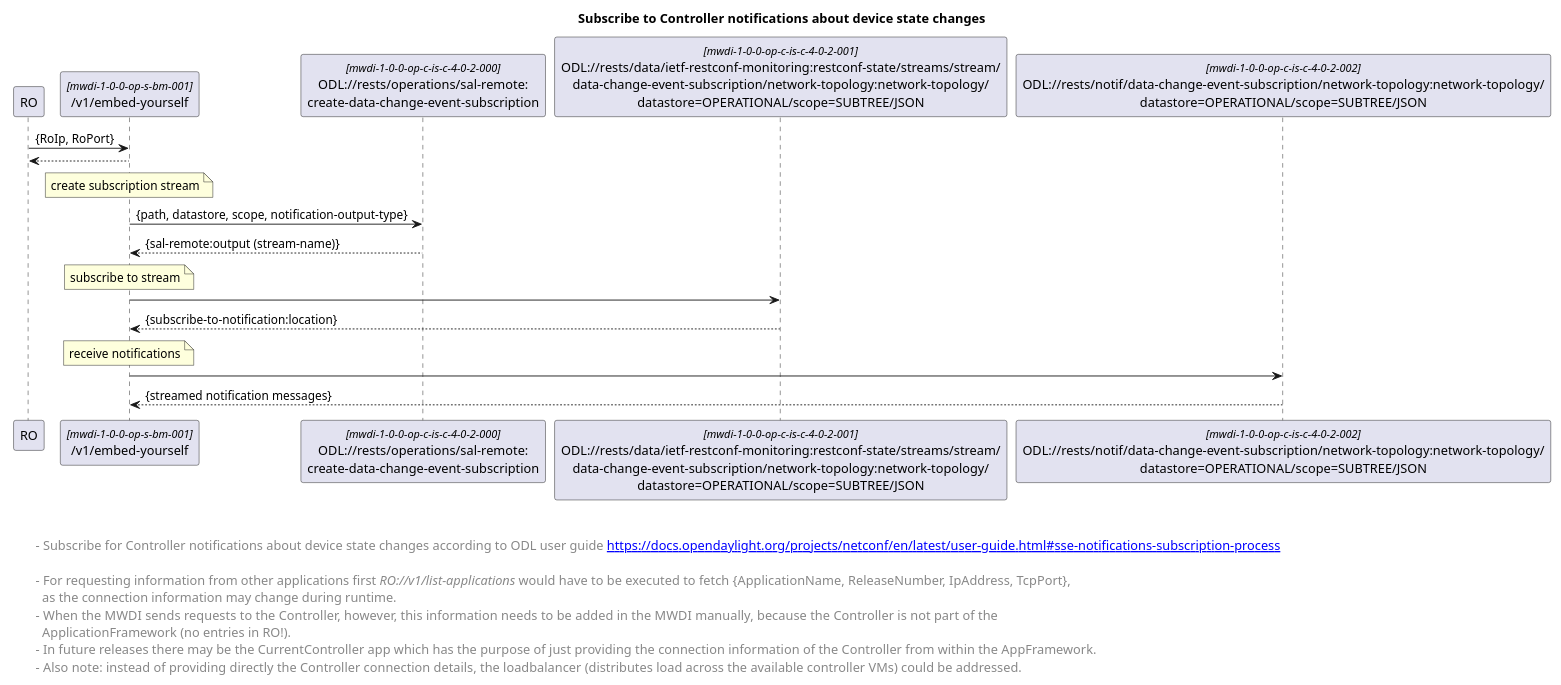
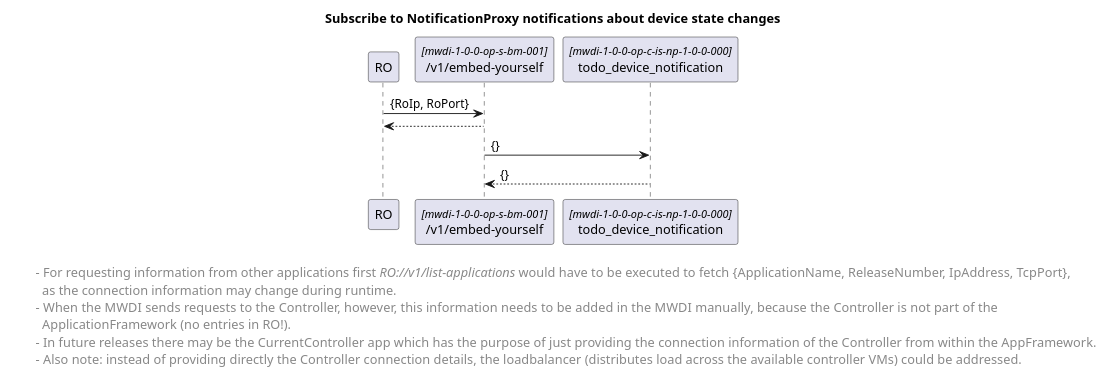
The diagram in spec/_NEU_MIT_NOTIFICATION_PROXY_draft/diagrams/00x_forwardingSubscribeControllerNotification.plantuml (openBackhaul/MicroWaveDeviceInventory), drawn with PlantUML before and after one commit. The commit also changed 6 other files, not shown here.

```diff
--- a/spec/_NEU_MIT_NOTIFICATION_PROXY_draft/diagrams/00x_forwardingSubscribeControllerNotification.plantuml
+++ b/spec/_NEU_MIT_NOTIFICATION_PROXY_draft/diagrams/00x_forwardingSubscribeControllerNotification.plantuml
@@ -1,56 +1,41 @@
 @startuml
 skinparam responseMessageBelowArrow true
 skinparam guillemet [ ]
 skinparam participant {
   StereotypeFontSize 12  
 }
 
-title Subscribe to Controller notifications about device state changes
+title Subscribe to NotificationProxy notifications about device state changes
 
 'participants
 participant "RO" as ro
 participant "/v1/embed-yourself" as mwdi <<mwdi-1-0-0-op-s-bm-001>>
-participant "ODL://rests/operations/sal-remote:\ncreate-data-change-event-subscription" as odlsubscribe1 <<mwdi-1-0-0-op-c-is-c-4-0-2-000>>
-participant "ODL://rests/data/ietf-restconf-monitoring:restconf-state/streams/stream/\ndata-change-event-subscription/network-topology:network-topology/\ndatastore=OPERATIONAL/scope=SUBTREE/JSON" as odlsubscribe2 <<mwdi-1-0-0-op-c-is-c-4-0-2-001>>
-participant "ODL://rests/notif/data-change-event-subscription/network-topology:network-topology/\ndatastore=OPERATIONAL/scope=SUBTREE/JSON" as odlsubscribe3 <<mwdi-1-0-0-op-c-is-c-4-0-2-002>>
-
-
+participant "todo_device_notification" as odlsubscribe1 <<mwdi-1-0-0-op-c-is-np-1-0-0-000>>
 
 ro -> mwdi: {RoIp, RoPort}
 mwdi --> ro
 
-note over mwdi: create subscription stream
-mwdi -> odlsubscribe1: {path, datastore, scope, notification-output-type}
-odlsubscribe1 --> mwdi: {sal-remote:output (stream-name)}
+mwdi -> odlsubscribe1: {}
+odlsubscribe1 --> mwdi: {}
 
-note over mwdi: subscribe to stream
-mwdi -> odlsubscribe2
-odlsubscribe2 --> mwdi: {subscribe-to-notification:location}
-
-note over mwdi: receive notifications
-mwdi -> odlsubscribe3
-odlsubscribe3 --> mwdi: {streamed notification messages}
 
 left footer 
-
-
-\t- Subscribe for Controller notifications about device state changes according to ODL user guide [[https://docs.opendaylight.org/projects/netconf/en/latest/user-guide.html#sse-notifications-subscription-process]]
 
 \t- For requesting information from other applications first <i>RO://v1/list-applications</i> would have to be executed to fetch {ApplicationName, ReleaseNumber, IpAddress, TcpPort}, 
 \t  as the connection information may change during runtime.
 \t-  When the MWDI sends requests to the Controller, however, this information needs to be added in the MWDI manually, because the Controller is not part of the 
 \t  ApplicationFramework (no entries in RO!). 
 \t-  In future releases there may be the CurrentController app which has the purpose of just providing the connection information of the Controller from within the AppFramework.
 \t-  Also note: instead of providing directly the Controller connection details, the loadbalancer (distributes load across the available controller VMs) could be addressed.
 end footer
 
 
 <style>
 footer {
   HorizontalAlignment left
   FontSize 14
 }
 </style>
 
 
 @enduml
```
